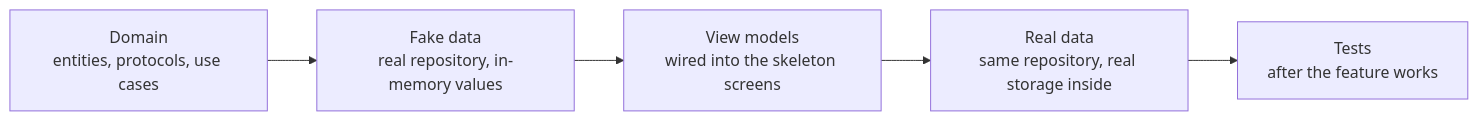
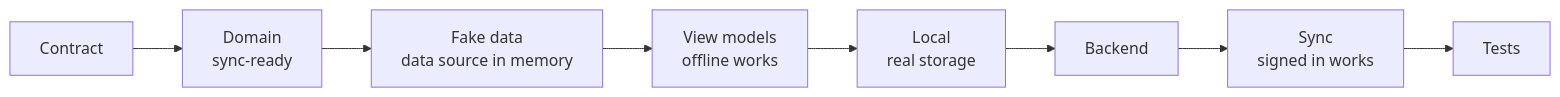
Before and after one commit to DAMHONGDUC/site-log-ios: the first of 2 diagrams in ROADMAP.md, drawn with Mermaid. The commit also changed other lines of this file and 50 other files, not shown here.

````diff
--- a/ROADMAP.md
+++ b/ROADMAP.md
@@ -41,7 +35,6 @@
 ```mermaid
 flowchart LR
-    D["Domain<br/>entities, protocols, use cases"] --> F["Fake data<br/>real repository, in-memory values"]
-    F --> V["View models<br/>wired into the skeleton screens"]
-    V --> R["Real data<br/>same repository, real storage inside"]
-    R --> T["Tests<br/>after the feature works"]
+    C["Contract"] --> D["Domain<br/>sync-ready"] --> F["Fake data<br/>data source in memory"]
+    F --> V["View models<br/>offline works"] --> L["Local<br/>real storage"]
+    L --> B["Backend"] --> S["Sync<br/>signed in works"] --> T["Tests"]
 ```
````
